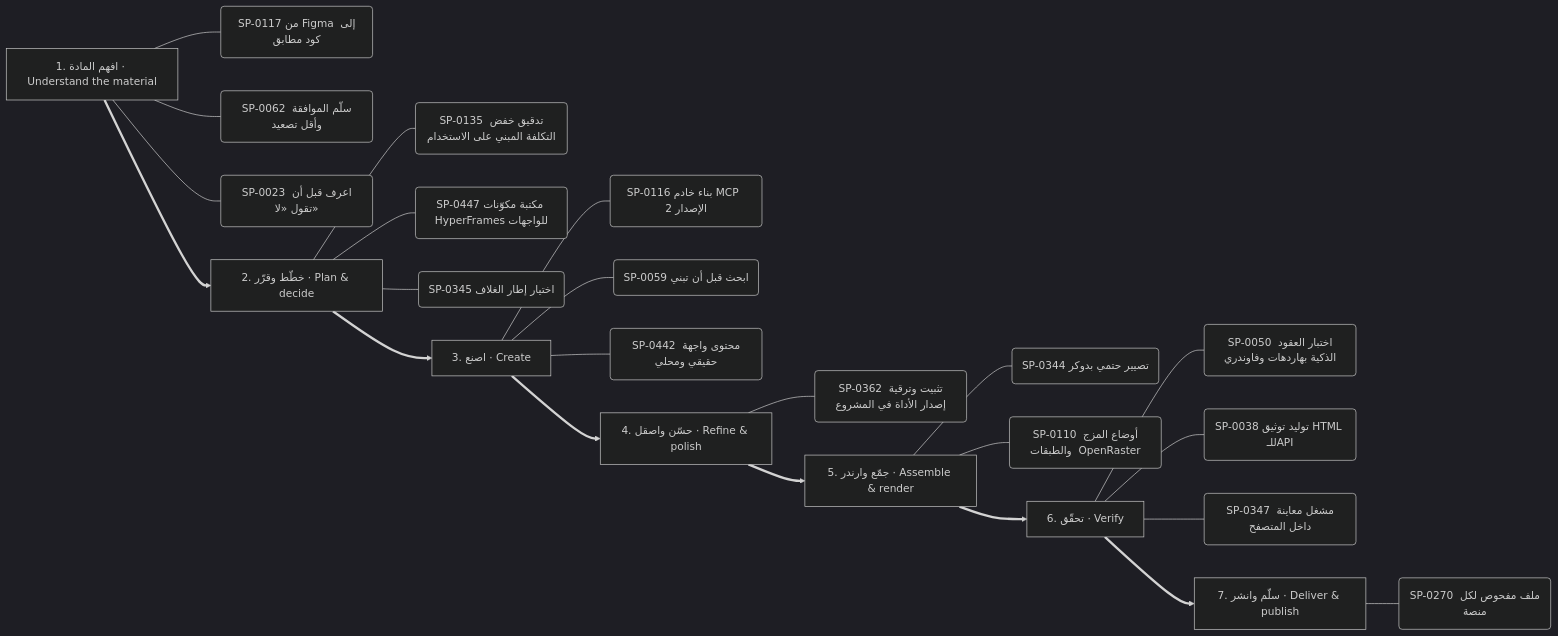
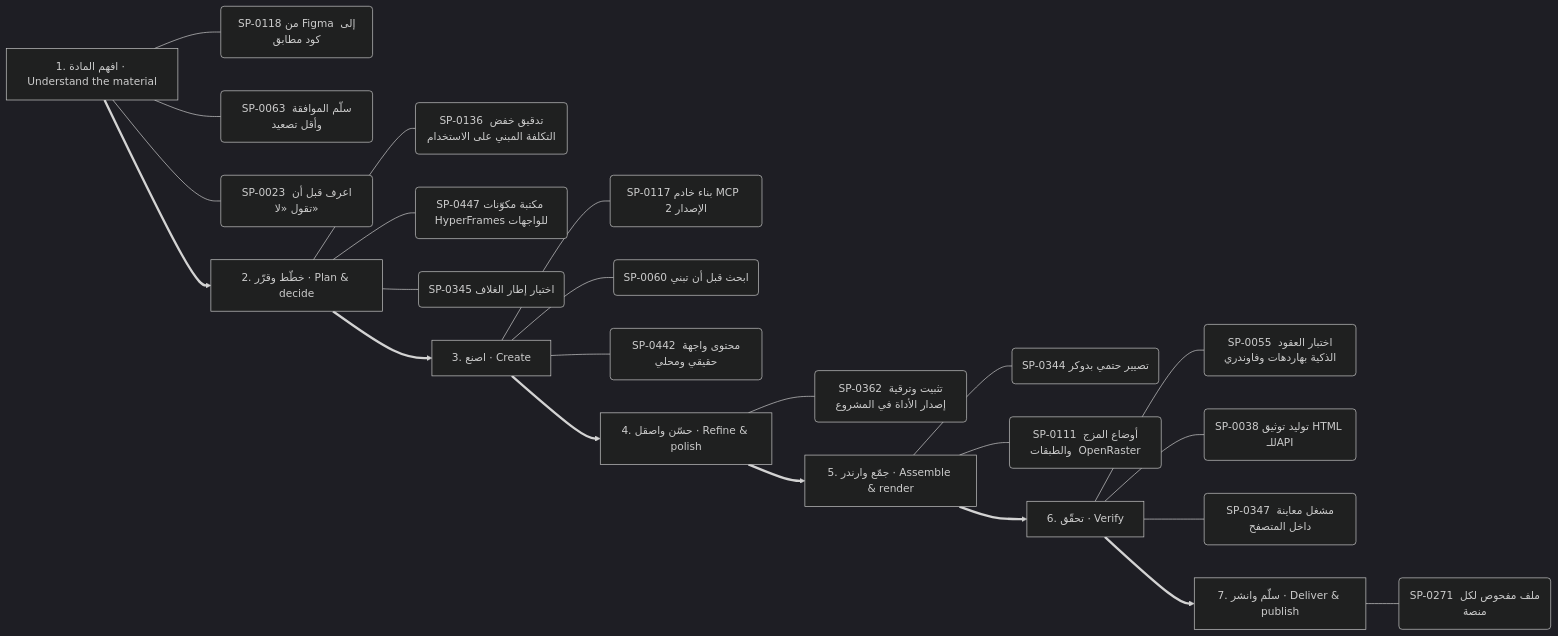
Before and after one commit to kosif199022-jpg/kosif-tool: the ninth of 13 diagrams in .claude/skills/kosif-superpowers/references/capability-mindmap.md, drawn with Mermaid (dark theme). The commit also changed other lines of this file and 51 other files, not shown here.

````diff
--- a/.claude/skills/kosif-superpowers/references/capability-mindmap.md
+++ b/.claude/skills/kosif-superpowers/references/capability-mindmap.md
@@ -455,32 +455,32 @@
 ```mermaid
 flowchart LR
   S0["1. افهم المادة · Understand the material"]
-  S0 --- S0_0("SP-0117 من Figma إلى كود مطابق")
-  S0 --- S0_1("SP-0062 سلّم الموافقة وأقل تصعيد")
+  S0 --- S0_0("SP-0118 من Figma إلى كود مطابق")
+  S0 --- S0_1("SP-0063 سلّم الموافقة وأقل تصعيد")
   S0 --- S0_2("SP-0023 اعرف قبل أن تقول «لا»")
   S1["2. خطّط وقرّر · Plan & decide"]
-  S1 --- S1_0("SP-0135 تدقيق خفض التكلفة المبني على الاستخدام")
+  S1 --- S1_0("SP-0136 تدقيق خفض التكلفة المبني على الاستخدام")
   S1 --- S1_1("SP-0447 مكتبة مكوّنات HyperFrames للواجهات")
   S1 --- S1_2("SP-0345 اختيار إطار الغلاف")
   S0 ==> S1
   S2["3. اصنع · Create"]
-  S2 --- S2_0("SP-0116 بناء خادم MCP  الإصدار 2 ")
-  S2 --- S2_1("SP-0059 ابحث قبل أن تبني")
+  S2 --- S2_0("SP-0117 بناء خادم MCP  الإصدار 2 ")
+  S2 --- S2_1("SP-0060 ابحث قبل أن تبني")
   S2 --- S2_2("SP-0442 محتوى واجهة حقيقي ومحلي")
   S1 ==> S2
   S3["4. حسّن واصقل · Refine & polish"]
   S3 --- S3_0("SP-0362 تثبيت وترقية إصدار الأداة في المشروع")
   S2 ==> S3
   S4["5. جمّع وارندر · Assemble & render"]
   S4 --- S4_0("SP-0344 تصيير حتمي بدوكر")
-  S4 --- S4_1("SP-0110 أوضاع المزج والطبقات  OpenRaster ")
+  S4 --- S4_1("SP-0111 أوضاع المزج والطبقات  OpenRaster ")
   S3 ==> S4
   S5["6. تحقّق · Verify"]
-  S5 --- S5_0("SP-0050 اختبار العقود الذكية بهاردهات وفاوندري")
+  S5 --- S5_0("SP-0055 اختبار العقود الذكية بهاردهات وفاوندري")
   S5 --- S5_1("SP-0038 توليد توثيق HTML للـAPI")
   S5 --- S5_2("SP-0347 مشغل معاينة داخل المتصفح")
   S4 ==> S5
   S6["7. سلّم وانشر · Deliver & publish"]
-  S6 --- S6_0("SP-0270 ملف مفحوص لكل منصة")
+  S6 --- S6_0("SP-0271 ملف مفحوص لكل منصة")
   S5 ==> S6
 ```
````
